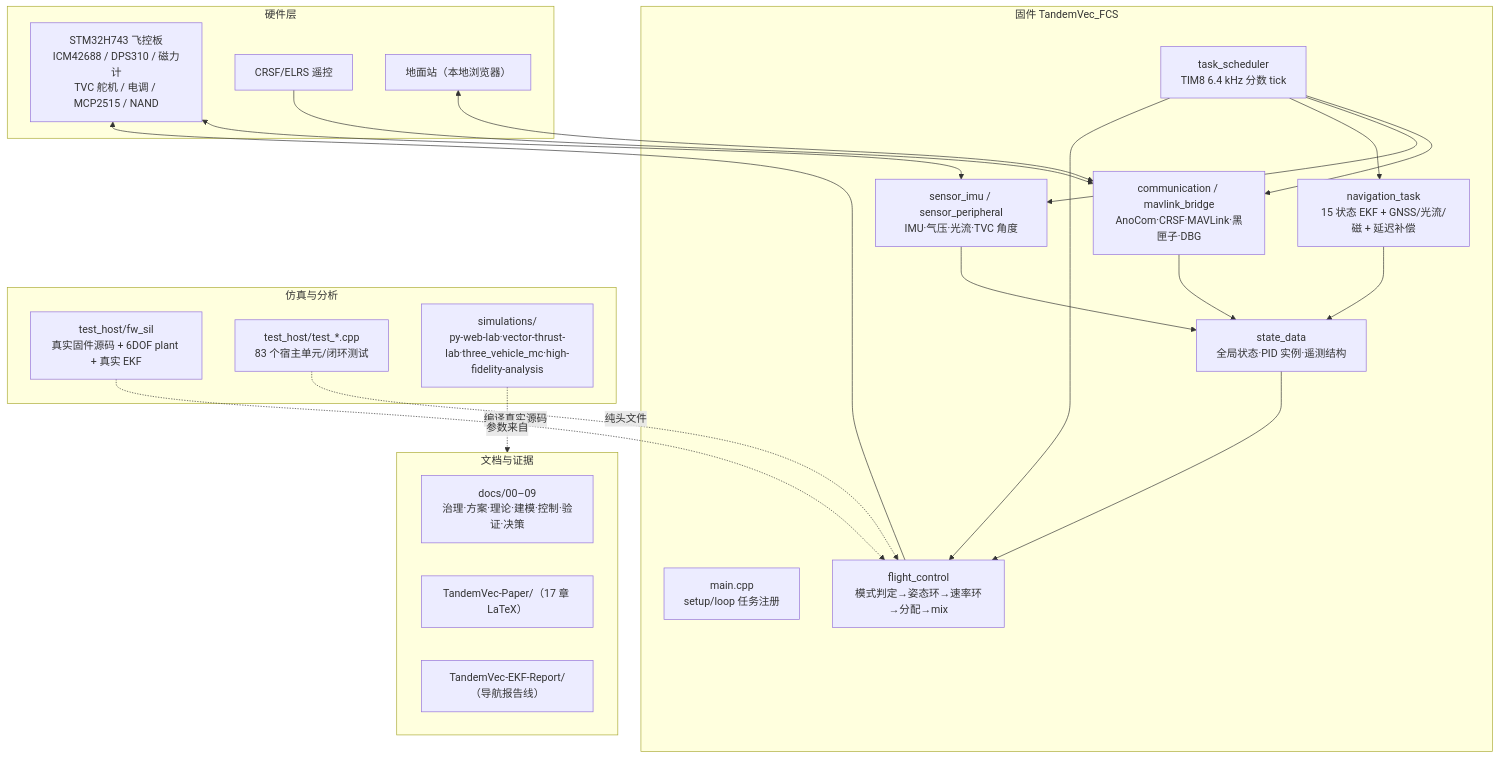
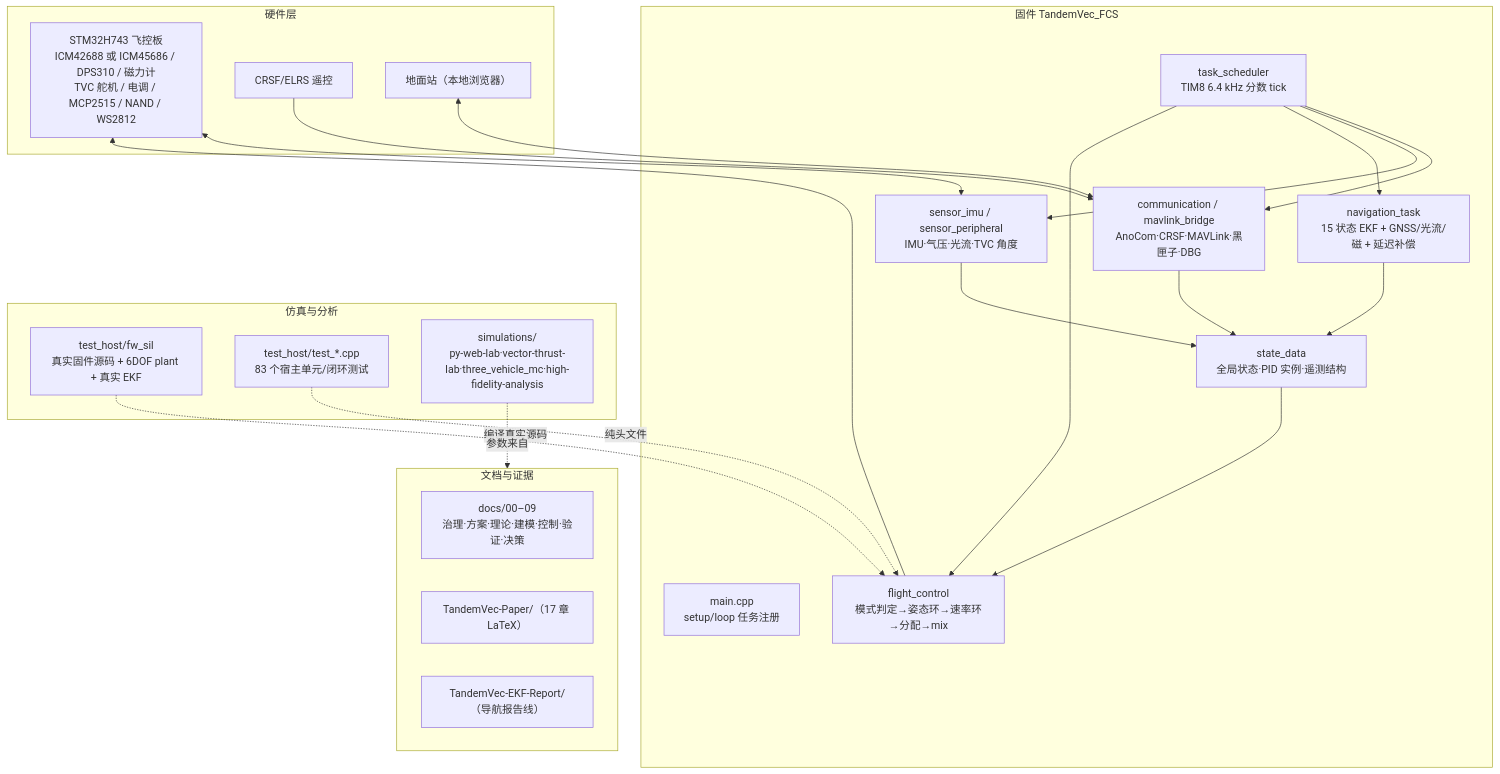
One commit to LShang001/tandem-twin-vector-thrust changed the diagram in docs/PROJECT-MAP.md. Above: the diagram before and after it, drawn with Mermaid. The commit also changed other lines of this file and 81 other files, not shown here.

````diff
--- a/docs/PROJECT-MAP.md
+++ b/docs/PROJECT-MAP.md
@@ -17,43 +20,43 @@
 ```mermaid
 flowchart TB
   subgraph HW["硬件层"]
-    MCU["STM32H743 飞控板<br/>ICM42688 / DPS310 / 磁力计<br/>TVC 舵机 / 电调 / MCP2515 / NAND"]
+    MCU["STM32H743 飞控板<br/>ICM42688 或 ICM45686 / DPS310 / 磁力计<br/>TVC 舵机 / 电调 / MCP2515 / NAND / WS2812"]
     RC["CRSF/ELRS 遥控"]
     GCS["地面站（本地浏览器）"]
   end
 
   subgraph FW["固件 TandemVec_FCS"]
     MAIN["main.cpp<br/>setup/loop 任务注册"]
     SCHED["task_scheduler<br/>TIM8 6.4 kHz 分数 tick"]
     COMM["communication / mavlink_bridge<br/>AnoCom·CRSF·MAVLink·黑匣子·DBG"]
     SENS["sensor_imu / sensor_peripheral<br/>IMU·气压·光流·TVC 角度"]
     NAV["navigation_task<br/>15 状态 EKF + GNSS/光流/磁 + 延迟补偿"]
     CTRL["flight_control<br/>模式判定→姿态环→速率环→分配→mix"]
     STATE["state_data<br/>全局状态·PID 实例·遥测结构"]
   end
 
   subgraph SIM["仿真与分析"]
     SIL["test_host/fw_sil<br/>真实固件源码 + 6DOF plant + 真实 EKF"]
     UNIT["test_host/test_*.cpp<br/>83 个宿主单元/闭环测试"]
     VSIM["simulations/<br/>py-web-lab·vector-thrust-lab·three_vehicle_mc·high-fidelity-analysis"]
   end
 
   subgraph DOC["文档与证据"]
     MAN["docs/00–09<br/>治理·方案·理论·建模·控制·验证·决策"]
     PAPER["TandemVec-Paper/（17 章 LaTeX）"]
     EKFR["TandemVec-EKF-Report/（导航报告线）"]
   end
 
   RC --> COMM
   GCS <--> COMM
   MCU <--> SENS
   SCHED --> COMM & SENS & NAV & CTRL
   SENS --> STATE
   COMM --> STATE
   NAV --> STATE
   STATE --> CTRL
   CTRL --> MCU
   SIL -.编译真实源码.-> CTRL
   UNIT -.纯头文件.-> CTRL
   VSIM -.参数来自.-> DOC
 ```
````
